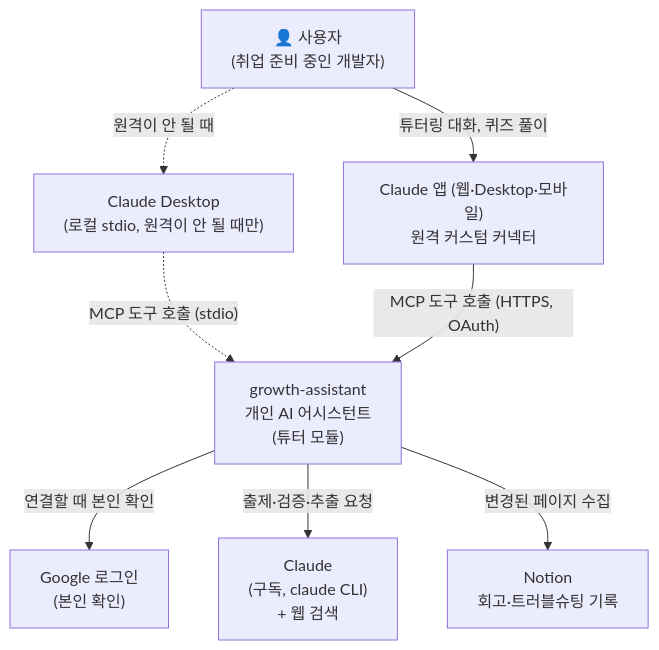
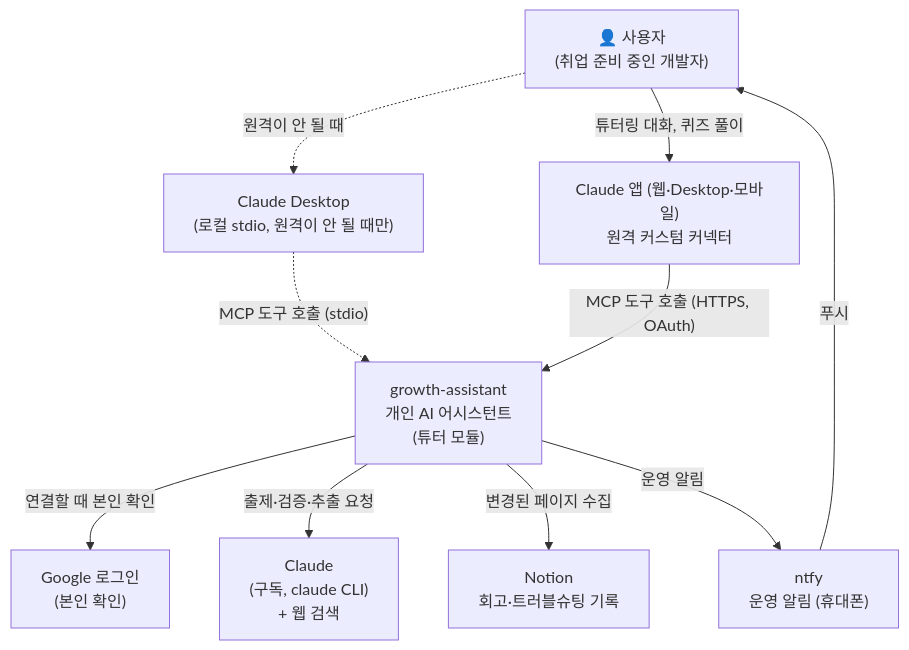
The diagram in docs/architecture/c4-1-context.md (Wonchang0314/growth-assistant), drawn with Mermaid before and after one commit. The commit also changed other lines of this file and 24 other files, not shown here.

````diff
--- a/docs/architecture/c4-1-context.md
+++ b/docs/architecture/c4-1-context.md
@@ -5,18 +5,21 @@
 ```mermaid
 flowchart TB
     user["👤 사용자<br/>(취업 준비 중인 개발자)"]
     ga["growth-assistant<br/>개인 AI 어시스턴트<br/>(튜터 모듈)"]
     desktop["Claude Desktop<br/>(로컬 stdio, 원격이 안 될 때만)"]
     claude["Claude<br/>(구독, claude CLI)<br/>+ 웹 검색"]
     notion["Notion<br/>회고·트러블슈팅 기록"]
     connector["Claude 앱 (웹·Desktop·모바일)<br/>원격 커스텀 커넥터"]
     google["Google 로그인<br/>(본인 확인)"]
+    ntfy["ntfy<br/>운영 알림 (휴대폰)"]
 
     user -. "원격이 안 될 때" .-> desktop
     user -- "튜터링 대화, 퀴즈 풀이" --> connector
     desktop -. "MCP 도구 호출 (stdio)" .-> ga
     connector -- "MCP 도구 호출 (HTTPS, OAuth)" --> ga
     ga -- "연결할 때 본인 확인" --> google
     ga -- "출제·검증·추출 요청" --> claude
     ga -- "변경된 페이지 수집" --> notion
+    ga -- "운영 알림" --> ntfy
+    ntfy -- "푸시" --> user
 ```
````
